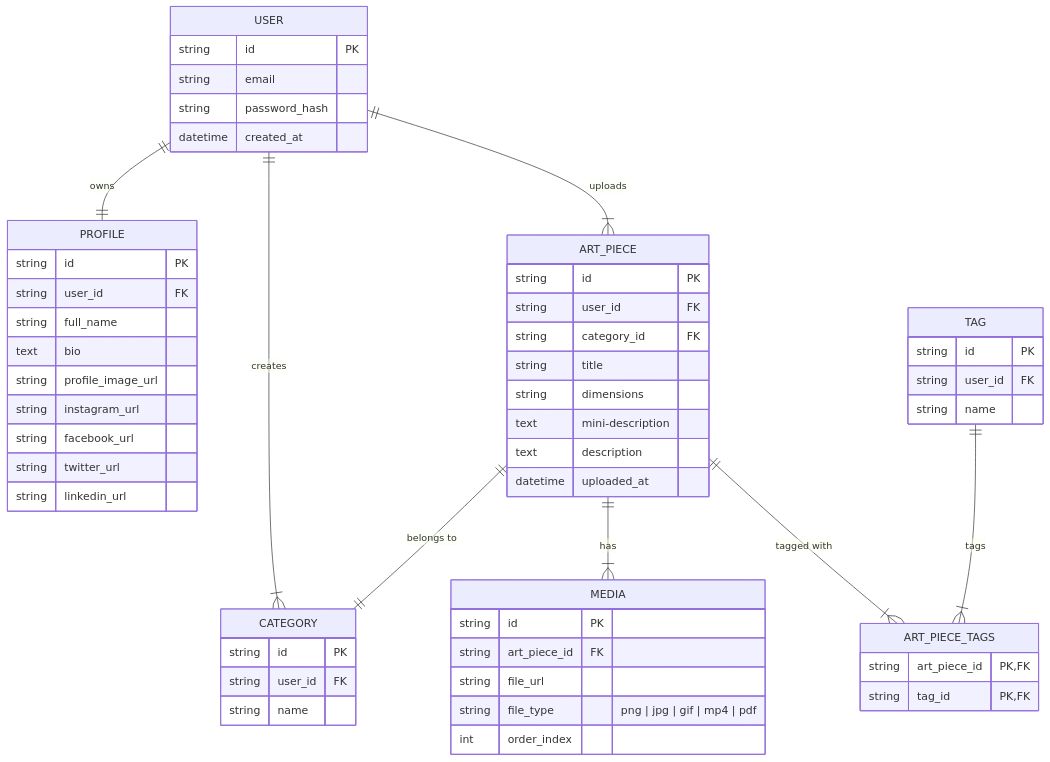
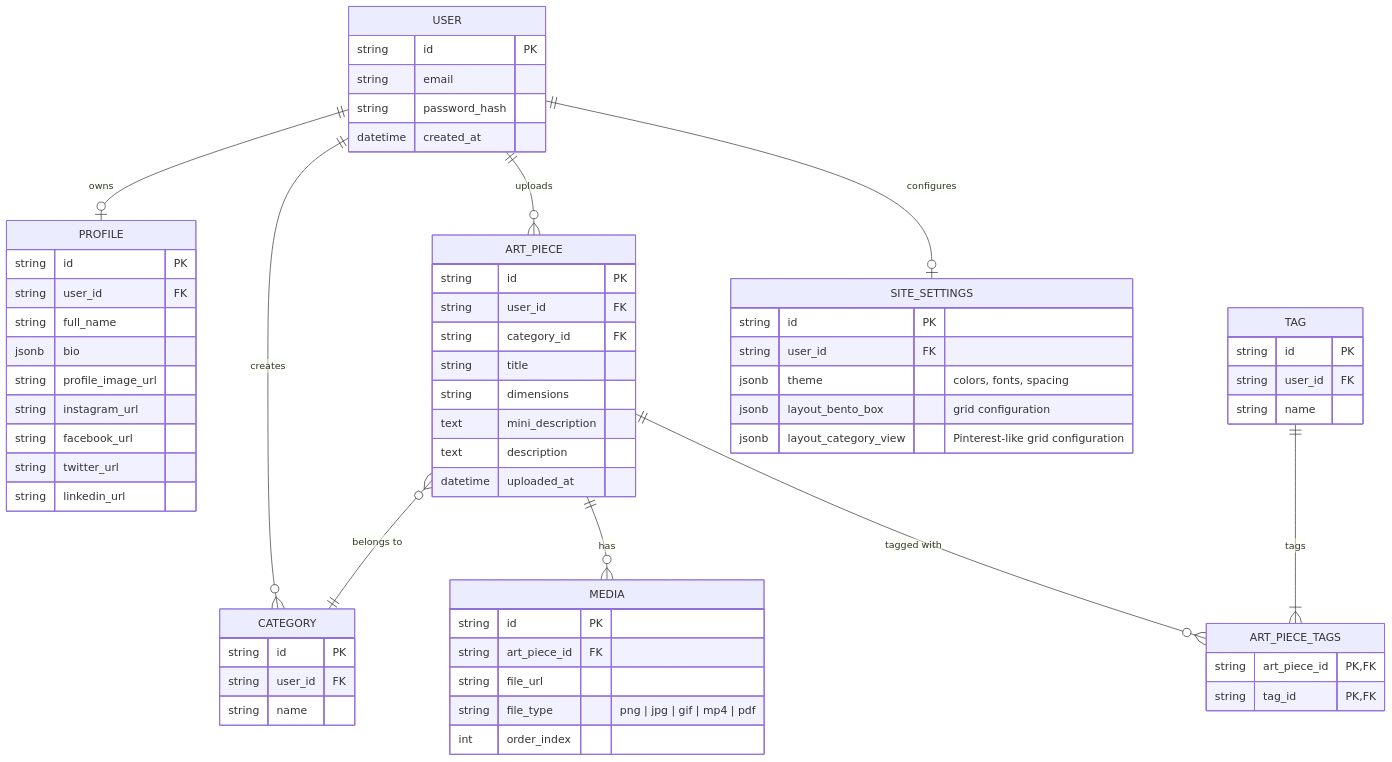
Before and after one commit to artsea-project/notes: the diagram in general/md/database_project.md, drawn with Mermaid. The commit also changed other lines of this file, not shown here.

Commit message:
Add table for site-settings in database project; small corrections

````diff
--- a/general/md/database_project.md
+++ b/general/md/database_project.md
@@ -3,66 +4,74 @@
 ```mermaid
 erDiagram
     USER {
         string id PK
         string email
         string password_hash
         datetime created_at
     }
 
     PROFILE {
         string id PK
         string user_id FK
         string full_name
-        text bio 
+        jsonb bio 
         string profile_image_url
         string instagram_url
         string facebook_url
         string twitter_url
         string linkedin_url
     }
 
     CATEGORY {
         string id PK
         string user_id FK
         string name 
     }
 
     ART_PIECE {
         string id PK
         string user_id FK
         string category_id FK
         string title
         string dimensions
-        text mini-description
+        text mini_description
         text description
         datetime uploaded_at
     }
 
     MEDIA {
         string id PK
         string art_piece_id FK
         string file_url
         string file_type "png | jpg | gif | mp4 | pdf"
         int order_index 
     }
 
     TAG {
         string id PK
         string user_id FK
         string name 
     }
 
     ART_PIECE_TAGS {
         string art_piece_id PK, FK
         string tag_id PK, FK
     }
 
-    USER ||--|| PROFILE : "owns"
-    USER ||--|{ CATEGORY : "creates"
-    USER ||--|{ ART_PIECE : "uploads"
-    ART_PIECE ||--|| CATEGORY : "belongs to"
-    ART_PIECE ||--|{ MEDIA : "has"
-    ART_PIECE ||--|{ ART_PIECE_TAGS : "tagged with"
+    SITE_SETTINGS {
+        string id PK
+        string user_id FK
+        jsonb theme "colors, fonts, spacing"
+        jsonb layout_bento_box "grid configuration"
+        jsonb layout_category_view "Pinterest-like grid configuration"
+    }
+
+    USER ||--o| PROFILE : "owns"
+    USER ||--o{ CATEGORY : "creates"
+    USER ||--o{ ART_PIECE : "uploads"
+    ART_PIECE }o--|| CATEGORY : "belongs to"
+    ART_PIECE ||--o{ MEDIA : "has"
+    ART_PIECE ||--o{ ART_PIECE_TAGS : "tagged with"
     TAG ||--|{ ART_PIECE_TAGS : "tags"
-
+    USER ||--o| SITE_SETTINGS : "configures"
 ```
````
